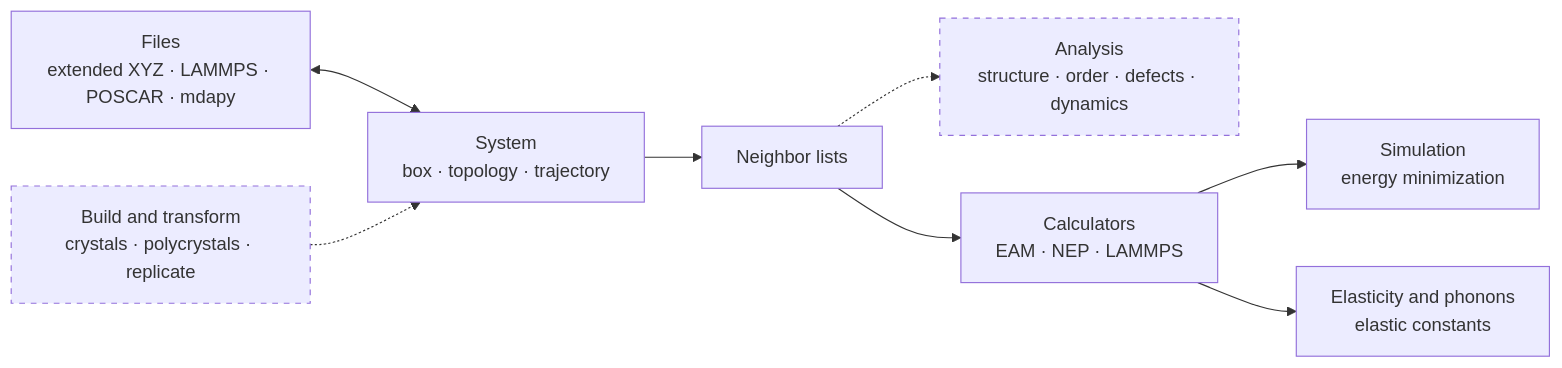
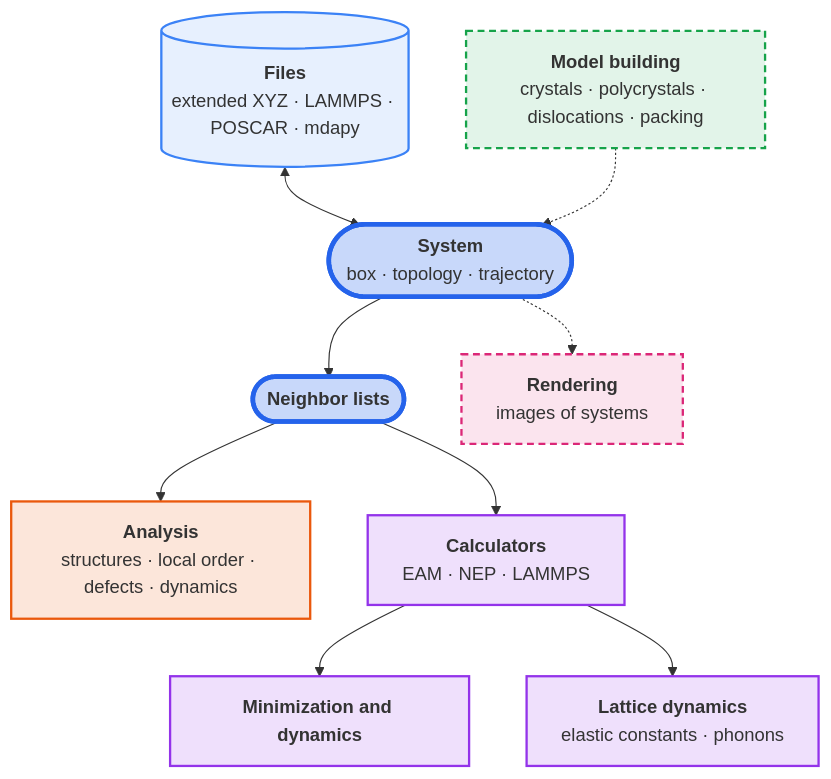
The diagram in docs/index.md (mushroomfire/mdapy), drawn with Mermaid before and after one commit. The commit also changed other lines of this file and 20 other files, not shown here.

First line of the commit message:
Move elastic constants to mdapy.lattice_dynamics; color the feature map

````diff
--- a/docs/index.md
+++ b/docs/index.md
@@ -20,12 +19,34 @@
 ```mermaid
-flowchart LR
-    files["Files<br>extended XYZ · LAMMPS · POSCAR · mdapy"] <--> system["System<br>box · topology · trajectory"]
-    build["Build and transform<br>crystals · polycrystals · replicate"] -.-> system
-    system --> neighbors["Neighbor lists"]
-    neighbors -.-> analysis["Analysis<br>structure · order · defects · dynamics"]
-    neighbors --> calculators["Calculators<br>EAM · NEP · LAMMPS"]
-    calculators --> simulation["Simulation<br>energy minimization"]
-    calculators --> elasticity["Elasticity and phonons<br>elastic constants"]
-    classDef planned stroke-dasharray: 5 5
-    class build,analysis planned
+flowchart TB
+    files[("<b>Files</b><br/>extended XYZ · LAMMPS · POSCAR · mdapy")]
+    build["<b>Model building</b><br/>crystals · polycrystals · dislocations · packing"]
+    system(["<b>System</b><br/>box · topology · trajectory"])
+    neighbors(["<b>Neighbor lists</b>"])
+    render["<b>Rendering</b><br/>images of systems"]
+    analysis["<b>Analysis</b><br/>structures · local order · defects · dynamics"]
+    calculators["<b>Calculators</b><br/>EAM · NEP · LAMMPS"]
+    minimization["<b>Minimization and dynamics</b>"]
+    lattice["<b>Lattice dynamics</b><br/>elastic constants · phonons"]
+
+    files <--> system
+    build -.-> system
+    system --> neighbors
+    system -.-> render
+    neighbors --> analysis
+    neighbors --> calculators
+    calculators --> minimization
+    calculators --> lattice
+
+    classDef core fill:#2563eb40,stroke:#2563eb,stroke-width:4px
+    classDef data fill:#3b82f61f,stroke:#3b82f6,stroke-width:2px
+    classDef analysis fill:#ea580c26,stroke:#ea580c,stroke-width:2px
+    classDef simulation fill:#9333ea26,stroke:#9333ea,stroke-width:2px
+    classDef build fill:#16a34a1f,stroke:#16a34a,stroke-width:2px,stroke-dasharray:6 4
+    classDef render fill:#db27771f,stroke:#db2777,stroke-width:2px,stroke-dasharray:6 4
+    class system,neighbors core
+    class files data
+    class analysis analysis
+    class calculators,minimization,lattice simulation
+    class build build
+    class render render
 ```
````
